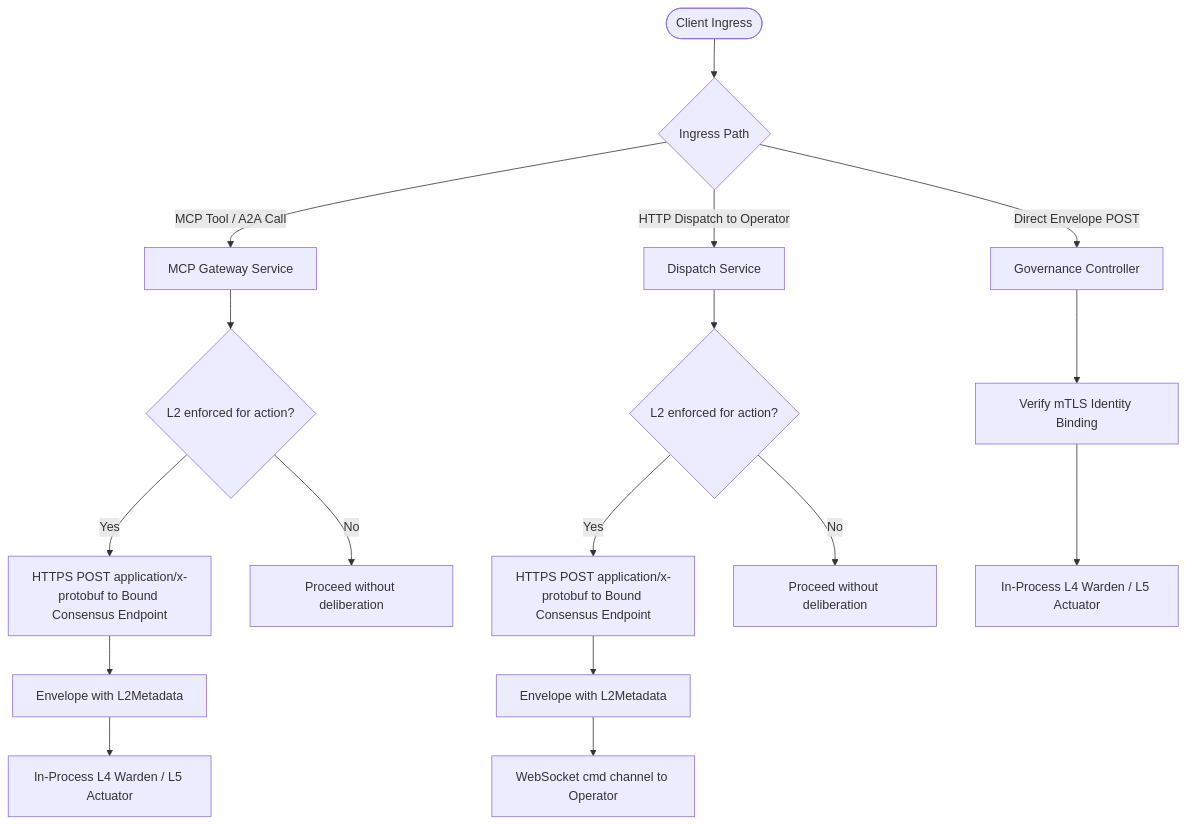
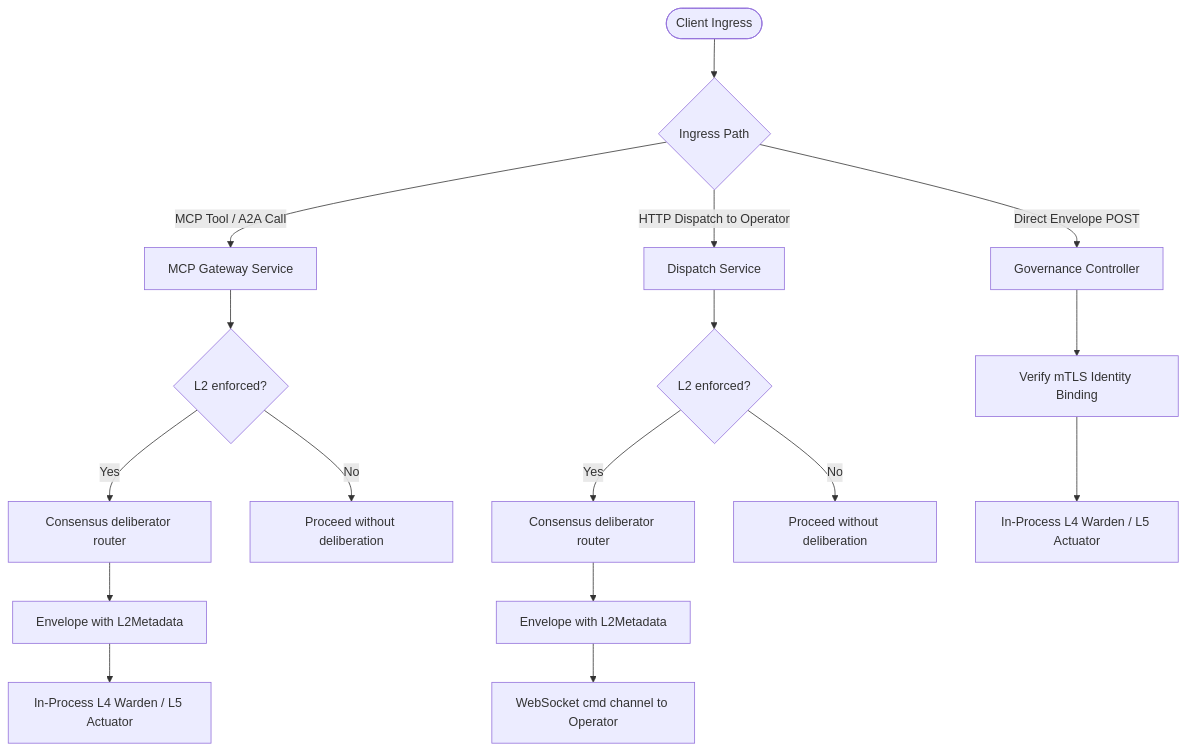
The diagram in docs/architecture/consensus.md (zerotrustdata/ztd), drawn with Mermaid before and after one commit. The commit also changed other lines of this file and 708 other files, not shown here.

````diff
--- a/docs/architecture/consensus.md
+++ b/docs/architecture/consensus.md
@@ -163,26 +244,26 @@
 ```mermaid
 flowchart TD
     Client([Client Ingress]) --> IngressType{Ingress Path}
-    
+
     IngressType -->|MCP Tool / A2A Call| MCPGateway[MCP Gateway Service]
     IngressType -->|HTTP Dispatch to Operator| DispatchSvc[Dispatch Service]
     IngressType -->|Direct Envelope POST| DirectGov[Governance Controller]
-    
-    MCPGateway --> CheckL2A{L2 enforced for action?}
-    DispatchSvc --> CheckL2B{L2 enforced for action?}
-    
-    CheckL2A -->|Yes| HTTPSDelibA[HTTPS POST application/x-protobuf to Bound Consensus Endpoint]
+
+    MCPGateway --> CheckL2A{L2 enforced?}
+    DispatchSvc --> CheckL2B{L2 enforced?}
+
+    CheckL2A -->|Yes| RouterA[Consensus deliberator router]
     CheckL2A -->|No| SkipDelibA[Proceed without deliberation]
-    
-    CheckL2B -->|Yes| HTTPSDelibB[HTTPS POST application/x-protobuf to Bound Consensus Endpoint]
+
+    CheckL2B -->|Yes| RouterB[Consensus deliberator router]
     CheckL2B -->|No| SkipDelibB[Proceed without deliberation]
-    
-    HTTPSDelibA --> PopulatedEnvelopeA[Envelope with L2Metadata]
-    HTTPSDelibB --> PopulatedEnvelopeB[Envelope with L2Metadata]
-    
+
+    RouterA --> PopulatedEnvelopeA[Envelope with L2Metadata]
+    RouterB --> PopulatedEnvelopeB[Envelope with L2Metadata]
+
     PopulatedEnvelopeA --> InProcessL4[In-Process L4 Warden / L5 Actuator]
     PopulatedEnvelopeB --> OutboundPubSub[WebSocket cmd channel to Operator]
-    
+
     DirectGov --> VerifyIdentity[Verify mTLS Identity Binding]
     VerifyIdentity --> DirectL4[In-Process L4 Warden / L5 Actuator]
 ```
````
